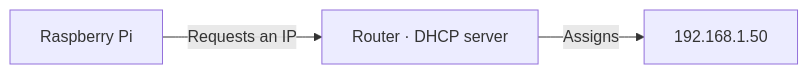
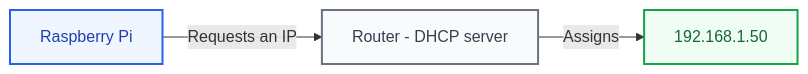
Before and after one commit to kiavash599/conduit-control-center: the diagram in docs/diagrams/source/dgm-06-network-dhcp.mmd, drawn with Mermaid. The commit also changed other lines of this file and 36 other files, not shown here.

Commit message:
docs: add networking chapter diagrams

```diff
--- a/docs/diagrams/source/dgm-06-network-dhcp.mmd
+++ b/docs/diagrams/source/dgm-06-network-dhcp.mmd
@@ -1,4 +1,13 @@
-%% DGM-06 network-dhcp — the router's DHCP server assigns an IP to a device on request
+%% DGM-06 network-dhcp - the router's DHCP server assigns an IP to a device on request
 flowchart LR
-  Pi[Raspberry Pi] -->|Requests an IP| D[Router · DHCP server]
+  Pi[Raspberry Pi] -->|Requests an IP| D[Router - DHCP server]
   D -->|Assigns| IP[192.168.1.50]
+
+  classDef primary fill:#EFF6FF,stroke:#2563EB,color:#1E40AF,stroke-width:2px;
+  classDef neutral fill:#F9FAFB,stroke:#6B7280,color:#374151,stroke-width:2px;
+  classDef success fill:#F0FDF4,stroke:#16A34A,color:#166534,stroke-width:2px;
+  classDef warning fill:#FFFBEB,stroke:#D97706,color:#92400E,stroke-width:2px;
+  classDef danger  fill:#FEF2F2,stroke:#DC2626,color:#991B1B,stroke-width:2px;
+  class Pi primary;
+  class D neutral;
+  class IP success;
```
